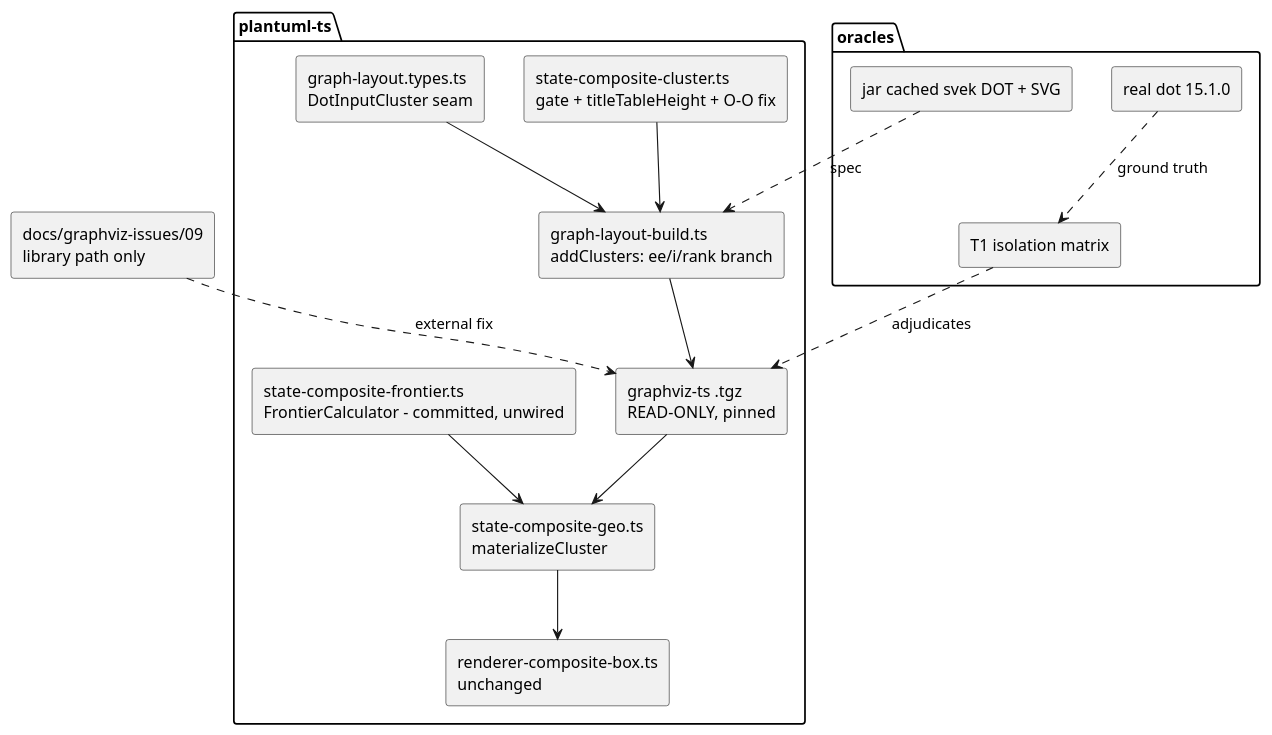
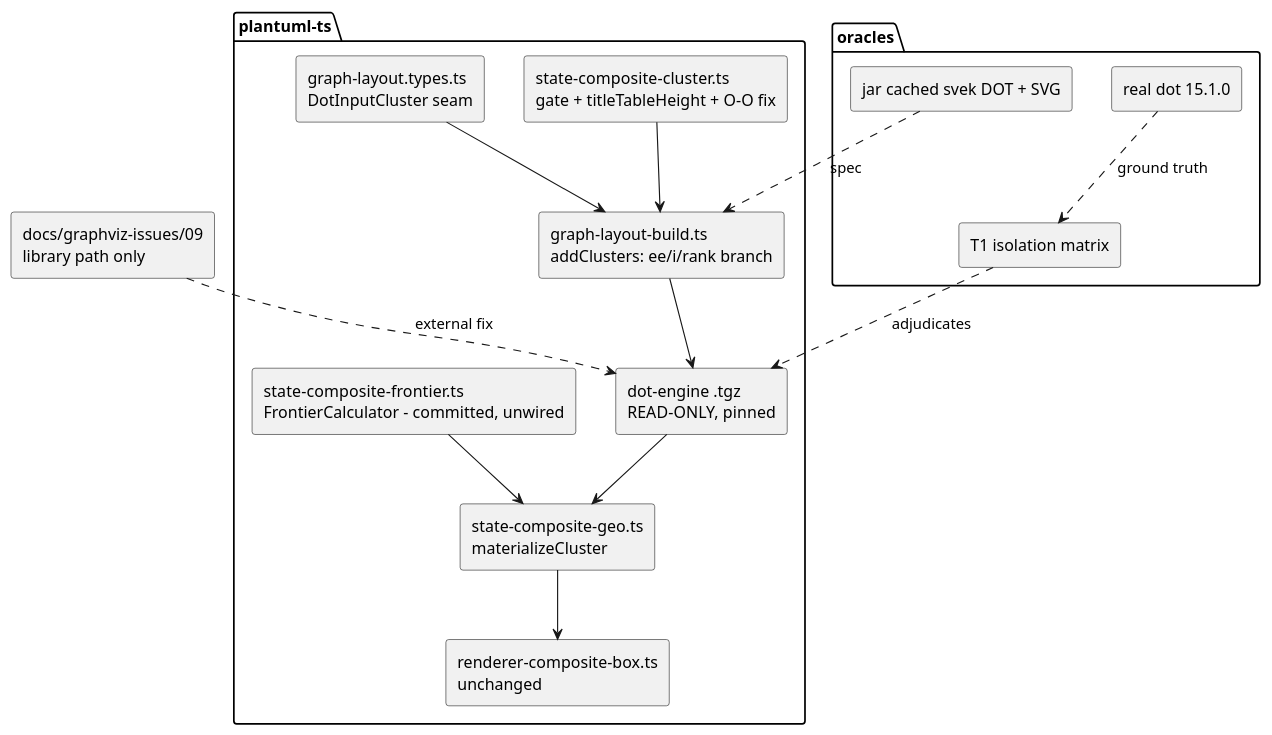
The diagram in plans/g7-borderpoint-rank/diagrams/component-map.md (knowvah/plantuml-ts), drawn with PlantUML before and after one commit. The commit also changed 111 other files, not shown here.

First line of the commit message:
docs: call the layout engine dot-engine throughout

````diff
--- a/plans/g7-borderpoint-rank/diagrams/component-map.md
+++ b/plans/g7-borderpoint-rank/diagrams/component-map.md
@@ -3,35 +3,35 @@
 ```plantuml
 @startuml
 skinparam componentStyle rectangle
 skinparam shadowing false
 
 package "plantuml-ts" {
   [state-composite-cluster.ts\ngate + titleTableHeight + O-O fix] as SCC
   [graph-layout-build.ts\naddClusters: ee/i/rank branch] as GLB
   [graph-layout.types.ts\nDotInputCluster seam] as GLT
-  [graphviz-ts .tgz\nREAD-ONLY, pinned] as GVTS
+  [dot-engine .tgz\nREAD-ONLY, pinned] as GVTS
   [state-composite-geo.ts\nmaterializeCluster] as GEO
   [state-composite-frontier.ts\nFrontierCalculator - committed, unwired] as FC
   [renderer-composite-box.ts\nunchanged] as REN
 }
 
 package "oracles" {
   [jar cached svek DOT + SVG] as JAR
   [real dot 15.1.0] as DOT
   [T1 isolation matrix] as M
 }
 
 [docs/graphviz-issues/09\nlibrary path only] as ISS9
 
 SCC --> GLB
 GLT --> GLB
 GLB --> GVTS
 GVTS --> GEO
 FC --> GEO
 GEO --> REN
 JAR ..> GLB : spec
 DOT ..> M : ground truth
 M ..> GVTS : adjudicates
 ISS9 ..> GVTS : external fix
 @enduml
 ```
````
